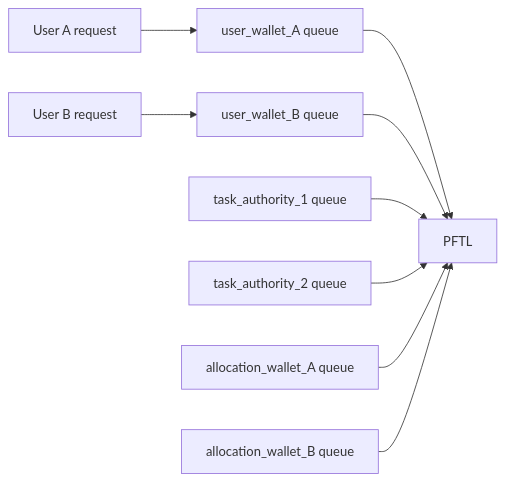
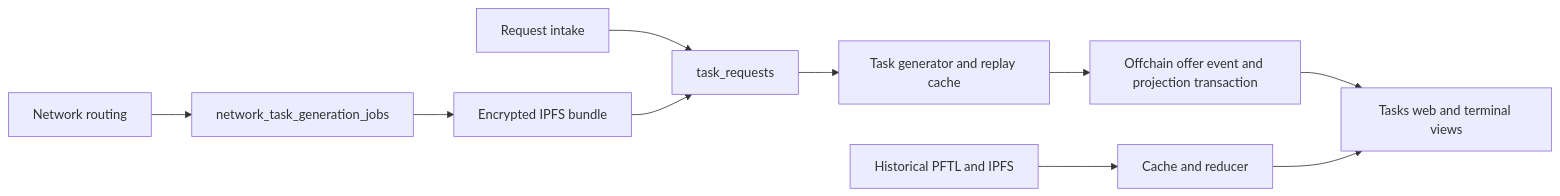
One commit to postfiatorg/tasknode changed the diagram in docs/wiki/architecture/task-async-engine.md. Above: the diagram before and after it, drawn with Mermaid. The commit also changed other lines of this file and 629 other files, not shown here.

````diff
--- a/docs/wiki/architecture/task-async-engine.md
+++ b/docs/wiki/architecture/task-async-engine.md
@@ -213,11 +41,12 @@
 ```mermaid
 flowchart LR
-  Req1[User A request] --> UserAQueue[user_wallet_A queue]
-  Req2[User B request] --> UserBQueue[user_wallet_B queue]
-  UserAQueue --> PFTL[PFTL]
-  UserBQueue --> PFTL
-  Authority1[task_authority_1 queue] --> PFTL
-  Authority2[task_authority_2 queue] --> PFTL
-  Alloc1[allocation_wallet_A queue] --> PFTL
-  Alloc2[allocation_wallet_B queue] --> PFTL
+  Intake[Request intake] --> Receipt[task_requests]
+  Selector[Network routing] --> Job[network_task_generation_jobs]
+  Job --> Bundle[Encrypted IPFS bundle]
+  Bundle --> Receipt
+  Receipt --> Generate[Task generator and replay cache]
+  Generate --> Event[Offchain offer event and projection transaction]
+  Event --> Client[Tasks web and terminal views]
+  History[Historical PFTL and IPFS] --> Reducer[Cache and reducer]
+  Reducer --> Client
 ```
````
